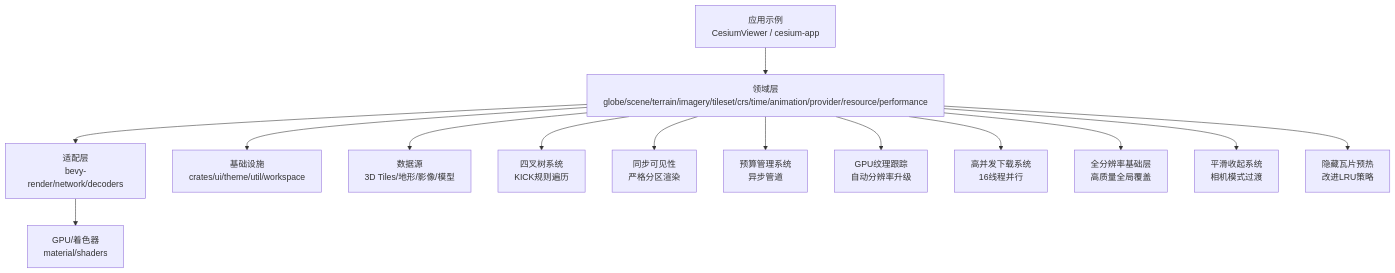
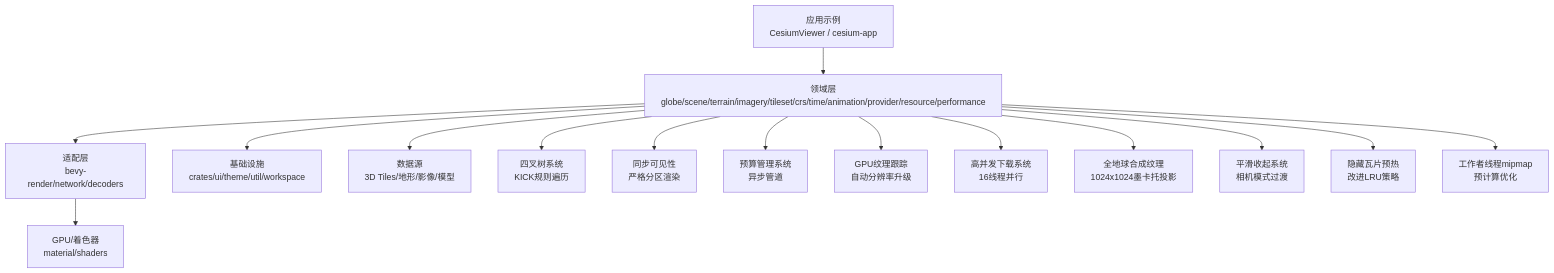
Before and after one commit to rzhangjing/cesium: the second of 22 diagrams in .qoder/repowiki/zh/content/核心概念/渲染管线与场景图/动态地球渲染系统.md, drawn with Mermaid. The commit also changed other lines of this file and 5 other files, not shown here.

````diff
--- a/.qoder/repowiki/zh/content/核心概念/渲染管线与场景图/动态地球渲染系统.md
+++ b/.qoder/repowiki/zh/content/核心概念/渲染管线与场景图/动态地球渲染系统.md
@@ -157,30 +156,32 @@
 ```mermaid
 graph TB
 App["应用示例<br/>CesiumViewer / cesium-app"]
 Domain["领域层<br/>globe/scene/terrain/imagery/tileset/crs/time/animation/provider/resource/performance"]
 Adapter["适配层<br/>bevy-render/network/decoders"]
 Infra["基础设施<br/>crates/ui/theme/util/workspace"]
 Data["数据源<br/>3D Tiles/地形/影像/模型"]
 GPU["GPU/着色器<br/>material/shaders"]
 Quadtree["四叉树系统<br/>KICK规则遍历"]
 SyncVis["同步可见性<br/>严格分区渲染"]
 Budget["预算管理系统<br/>异步管道"]
 TextureTrack["GPU纹理跟踪<br/>自动分辨率升级"]
 DownloadSys["高并发下载系统<br/>16线程并行"]
-BaseLayer["全分辨率基础层<br/>高质量全局覆盖"]
+BaseLayer["全地球合成纹理<br/>1024x1024墨卡托投影"]
 SmoothTransition["平滑收起系统<br/>相机模式过渡"]
 HiddenWarm["隐藏瓦片预热<br/>改进LRU策略"]
+MipChain["工作者线程mipmap<br/>预计算优化"]
 App --> Domain
 Domain --> Adapter
 Adapter --> GPU
 Domain --> Data
 Domain --> Infra
 Domain --> Quadtree
 Domain --> SyncVis
 Domain --> Budget
 Domain --> TextureTrack
 Domain --> DownloadSys
 Domain --> BaseLayer
 Domain --> SmoothTransition
 Domain --> HiddenWarm
+Domain --> MipChain
 ```
````
